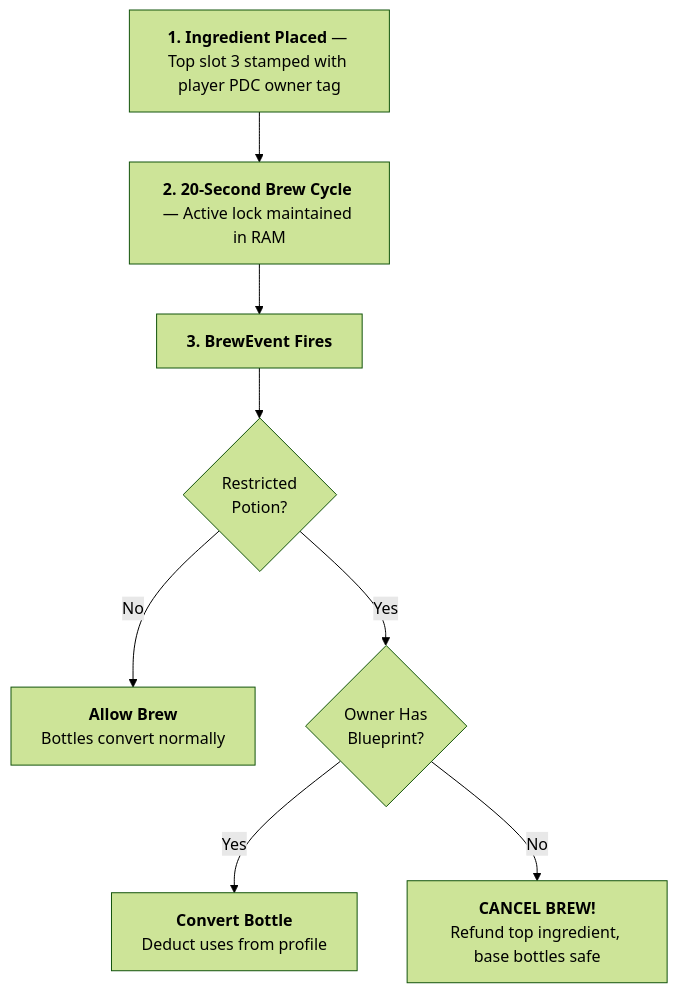
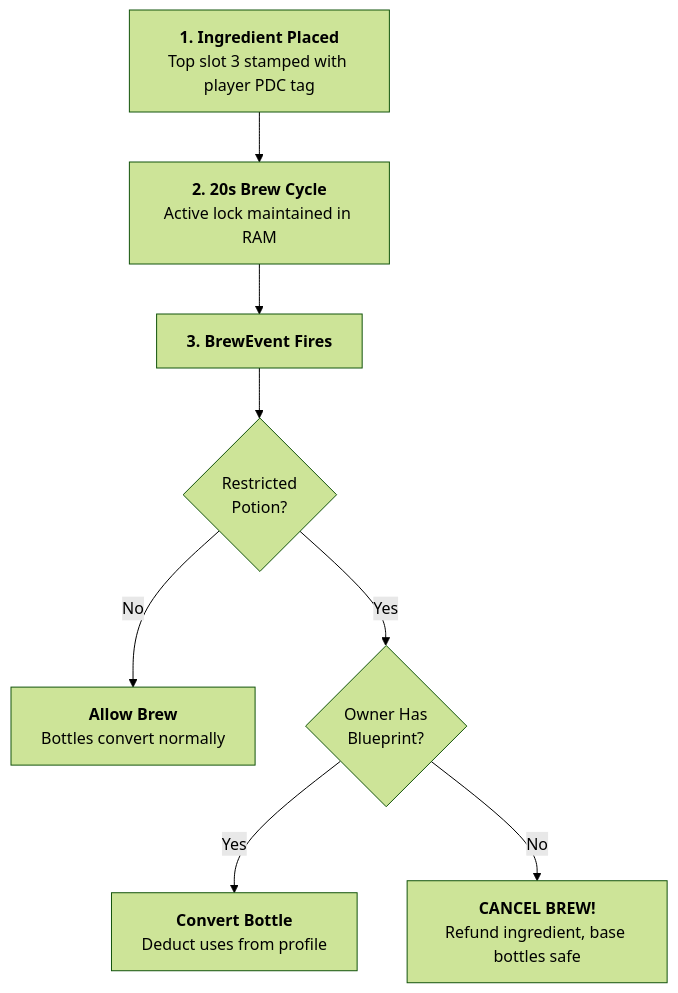
Before and after one commit to XZtotal/CraftingBlueprints-Wiki: the diagram in docs/mechanics/brewing-stand.md, drawn with Mermaid (forest theme). The commit also changed 24 other files, not shown here.

````diff
--- a/docs/mechanics/brewing-stand.md
+++ b/docs/mechanics/brewing-stand.md
@@ -15,11 +15,19 @@
 ```mermaid
 flowchart TD
-    Ing["<b>1. Ingredient Placed</b> — Top slot 3 stamped with player PDC owner tag"]
-    --> Cycle["<b>2. 20-Second Brew Cycle</b> — Active lock maintained in RAM"]
-    --> Event["<b>3. BrewEvent Fires</b>"]
-    --> Check{"Restricted<br/>Potion?"}
-    Check -->|No| Allow["<b>Allow Brew</b><br/>Bottles convert normally"]
-    Check -->|Yes| OwnerCheck{"Owner Has<br/>Blueprint?"}
-    OwnerCheck -->|Yes| Convert["<b>Convert Bottle</b><br/>Deduct uses from profile"]
-    OwnerCheck -->|No| Cancel["<b>CANCEL BREW!</b><br/>Refund top ingredient, base bottles safe"]
+    Ing["<b>1. Ingredient Placed</b><br/>Top slot 3 stamped with player PDC tag"]
+    Cycle["<b>2. 20s Brew Cycle</b><br/>Active lock maintained in RAM"]
+    Event["<b>3. BrewEvent Fires</b>"]
+    Check{"Restricted<br/>Potion?"}
+    Allow["<b>Allow Brew</b><br/>Bottles convert normally"]
+    OwnerCheck{"Owner Has<br/>Blueprint?"}
+    Convert["<b>Convert Bottle</b><br/>Deduct uses from profile"]
+    Cancel["<b>CANCEL BREW!</b><br/>Refund ingredient, base bottles safe"]
+
+    Ing --> Cycle
+    Cycle --> Event
+    Event --> Check
+    Check -->|No| Allow
+    Check -->|Yes| OwnerCheck
+    OwnerCheck -->|Yes| Convert
+    OwnerCheck -->|No| Cancel
 ```
````
